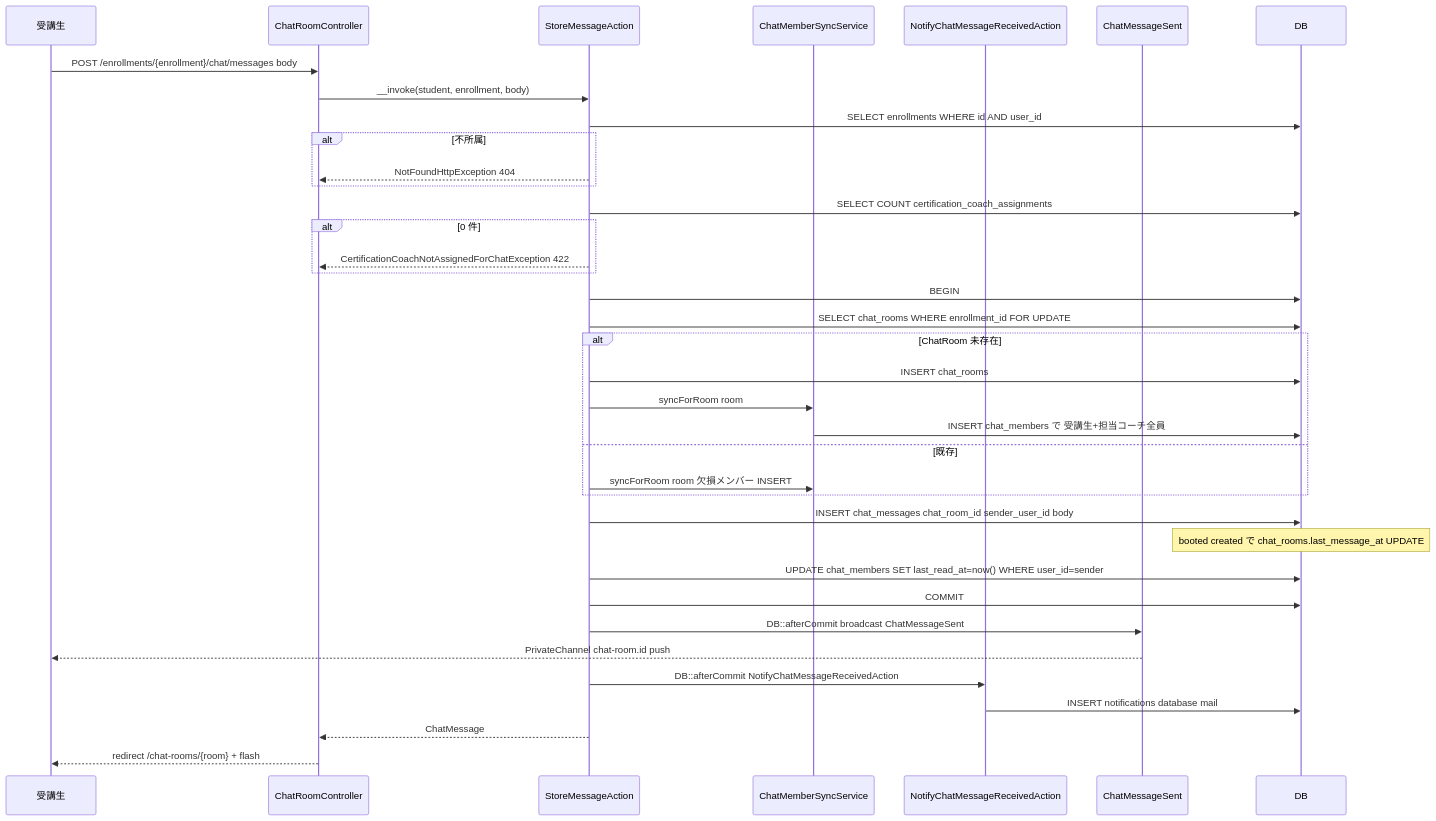
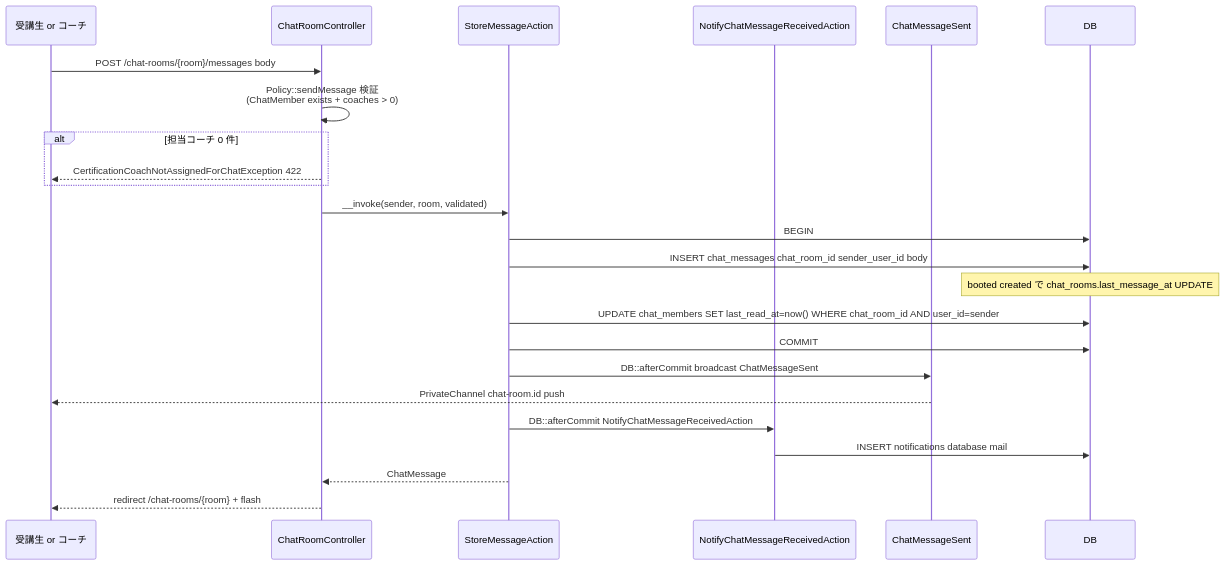
Before and after one commit to coachtech-mockcase-second/ExampleAnswer-mockcase-CertifyLMS: the second of 6 diagrams in docs/specs/chat/design.md, drawn with Mermaid. The commit also changed other lines of this file and 83 other files, not shown here.

````diff
--- a/docs/specs/chat/design.md
+++ b/docs/specs/chat/design.md
@@ -22,40 +54,27 @@
 ```mermaid
 sequenceDiagram
-    participant Student as 受講生
+    participant Student as 受講生 or コーチ
     participant CRC as ChatRoomController
     participant SMA as StoreMessageAction
-    participant CMSync as ChatMemberSyncService
     participant Notif as NotifyChatMessageReceivedAction
     participant Event as ChatMessageSent
-    participant DB as DB
+    participant DB
 
-    Student->>CRC: POST /enrollments/{enrollment}/chat/messages body
-    CRC->>SMA: __invoke(student, enrollment, body)
-    SMA->>DB: SELECT enrollments WHERE id AND user_id
-    alt 不所属
-        SMA-->>CRC: NotFoundHttpException 404
+    Student->>CRC: POST /chat-rooms/{room}/messages body
+    CRC->>CRC: Policy::sendMessage 検証<br/>(ChatMember exists + coaches > 0)
+    alt 担当コーチ 0 件
+        CRC-->>Student: CertificationCoachNotAssignedForChatException 422
     end
-    SMA->>DB: SELECT COUNT certification_coach_assignments
-    alt 0 件
-        SMA-->>CRC: CertificationCoachNotAssignedForChatException 422
-    end
+    CRC->>SMA: __invoke(sender, room, validated)
     SMA->>DB: BEGIN
-    SMA->>DB: SELECT chat_rooms WHERE enrollment_id FOR UPDATE
-    alt ChatRoom 未存在
-        SMA->>DB: INSERT chat_rooms
-        SMA->>CMSync: syncForRoom room
-        CMSync->>DB: INSERT chat_members で 受講生+担当コーチ全員
-    else 既存
-        SMA->>CMSync: syncForRoom room 欠損メンバー INSERT
-    end
     SMA->>DB: INSERT chat_messages chat_room_id sender_user_id body
     Note over DB: booted created で chat_rooms.last_message_at UPDATE
-    SMA->>DB: UPDATE chat_members SET last_read_at=now() WHERE user_id=sender
+    SMA->>DB: UPDATE chat_members SET last_read_at=now() WHERE chat_room_id AND user_id=sender
     SMA->>DB: COMMIT
     SMA->>Event: DB::afterCommit broadcast ChatMessageSent
     Event-->>Student: PrivateChannel chat-room.id push
     SMA->>Notif: DB::afterCommit NotifyChatMessageReceivedAction
     Notif->>DB: INSERT notifications database mail
     SMA-->>CRC: ChatMessage
     CRC-->>Student: redirect /chat-rooms/{room} + flash
 ```
````
